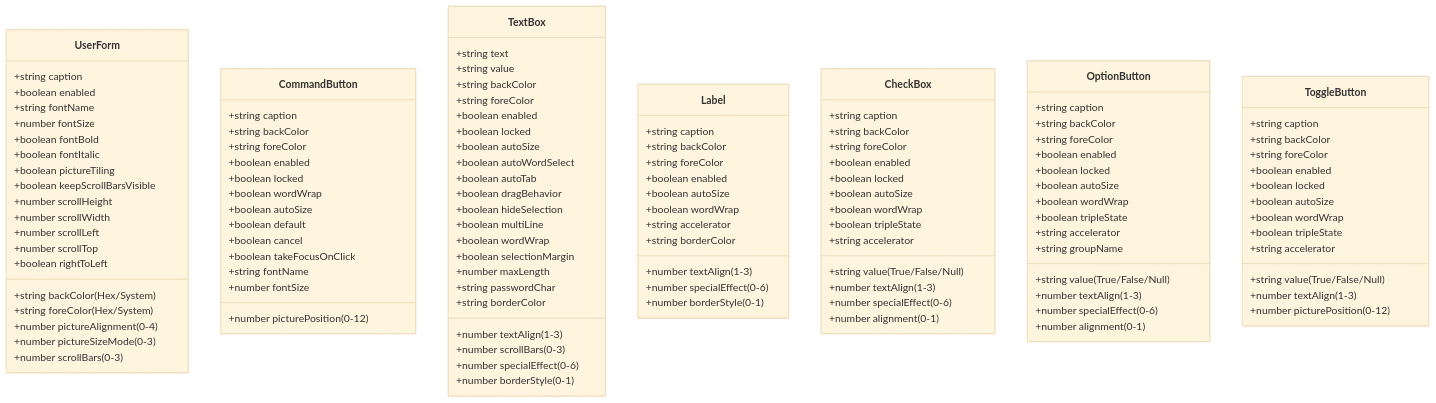
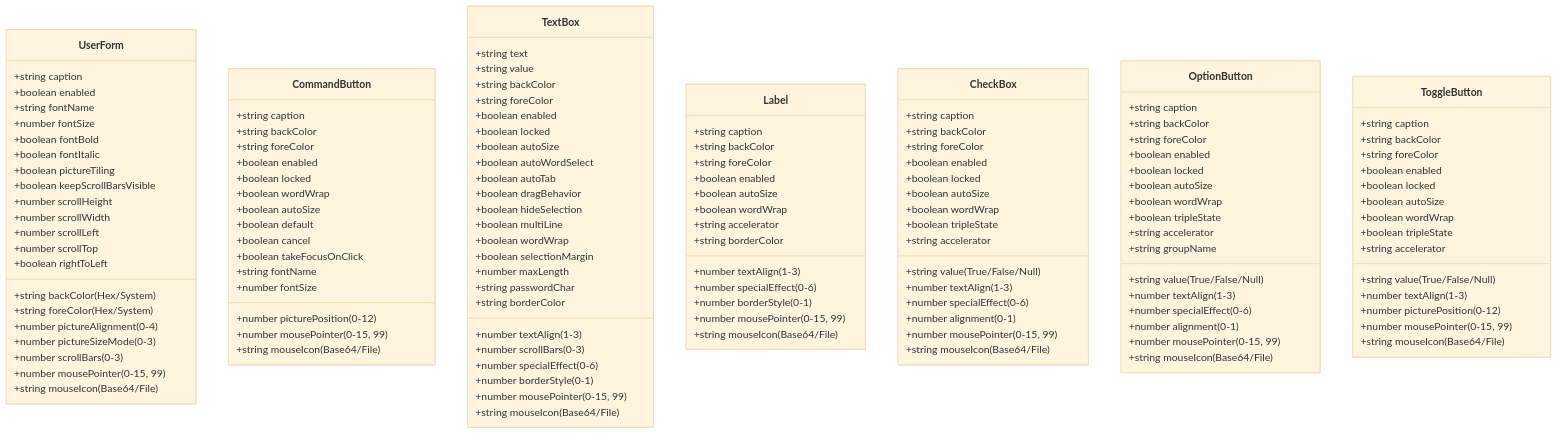
The first of 2 diagrams in docs/supported-controls.md (viktormax3/vba-macro-project), drawn with Mermaid (base theme) before and after one commit. The commit also changed other lines of this file, not shown here.

Commit message:
feat: add mousePointer and mouseIcon properties to supported controls

````diff
--- a/docs/supported-controls.md
+++ b/docs/supported-controls.md
@@ -27,6 +27,8 @@
         +number scrollLeft
         +number scrollTop
         +boolean rightToLeft
+        +number mousePointer (0-15, 99)
+        +string mouseIcon (Base64/File)
     }
 
     class CommandButton {
@@ -43,6 +45,8 @@
         +string fontName
         +number fontSize
         +number picturePosition (0-12)
+        +number mousePointer (0-15, 99)
+        +string mouseIcon (Base64/File)
     }
 
     class TextBox {
@@ -67,6 +71,8 @@
         +number specialEffect (0-6)
         +number borderStyle (0-1)
         +string borderColor
+        +number mousePointer (0-15, 99)
+        +string mouseIcon (Base64/File)
     }
 
     class Label {
@@ -81,6 +87,8 @@
         +number specialEffect (0-6)
         +number borderStyle (0-1)
         +string borderColor
+        +number mousePointer (0-15, 99)
+        +string mouseIcon (Base64/File)
     }
 
     class CheckBox {
@@ -97,6 +105,8 @@
         +number textAlign (1-3)
         +number specialEffect (0-6)
         +number alignment (0-1)
+        +number mousePointer (0-15, 99)
+        +string mouseIcon (Base64/File)
     }
 
     class OptionButton {
@@ -114,6 +124,8 @@
         +number specialEffect (0-6)
         +number alignment (0-1)
         +string groupName
+        +number mousePointer (0-15, 99)
+        +string mouseIcon (Base64/File)
     }
 
     class ToggleButton {
@@ -129,5 +141,7 @@
         +string accelerator
         +number textAlign (1-3)
         +number picturePosition (0-12)
+        +number mousePointer (0-15, 99)
+        +string mouseIcon (Base64/File)
     }
 ```
````
